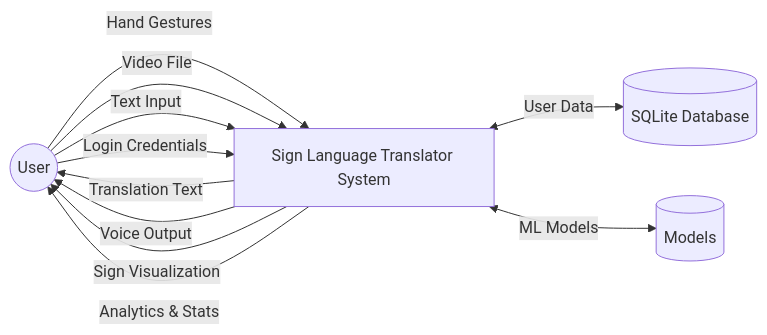
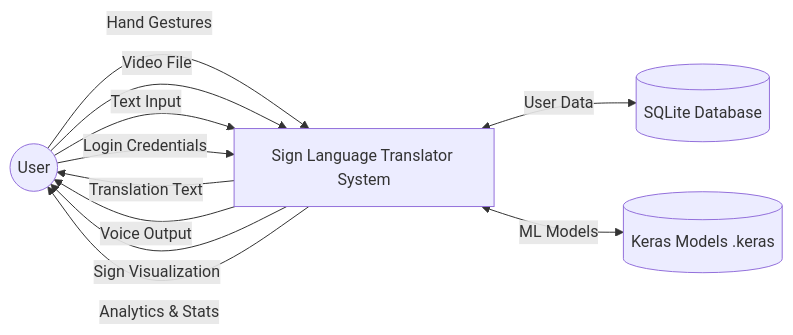
Before and after one commit to neeer4j/EmoSign: the third of 10 diagrams in DIAGRAMS.md, drawn with Mermaid. The commit also changed other lines of this file and 40 other files, not shown here.

````diff
--- a/DIAGRAMS.md
+++ b/DIAGRAMS.md
@@ -98,15 +98,15 @@
 ```mermaid
 flowchart LR
     U((User)) --> |"Hand Gestures"| P[Sign Language Translator System]
     U --> |"Video File"| P
     U --> |"Text Input"| P
     U --> |"Login Credentials"| P
     
     P --> |"Translation Text"| U
     P --> |"Voice Output"| U
     P --> |"Sign Visualization"| U
     P --> |"Analytics & Stats"| U
     
     P <--> |"User Data"| DB[(SQLite Database)]
-    P <--> |"ML Models"| M[(Models)]
+    P <--> |"ML Models"| M[(Keras Models .keras)]
 ```
````
